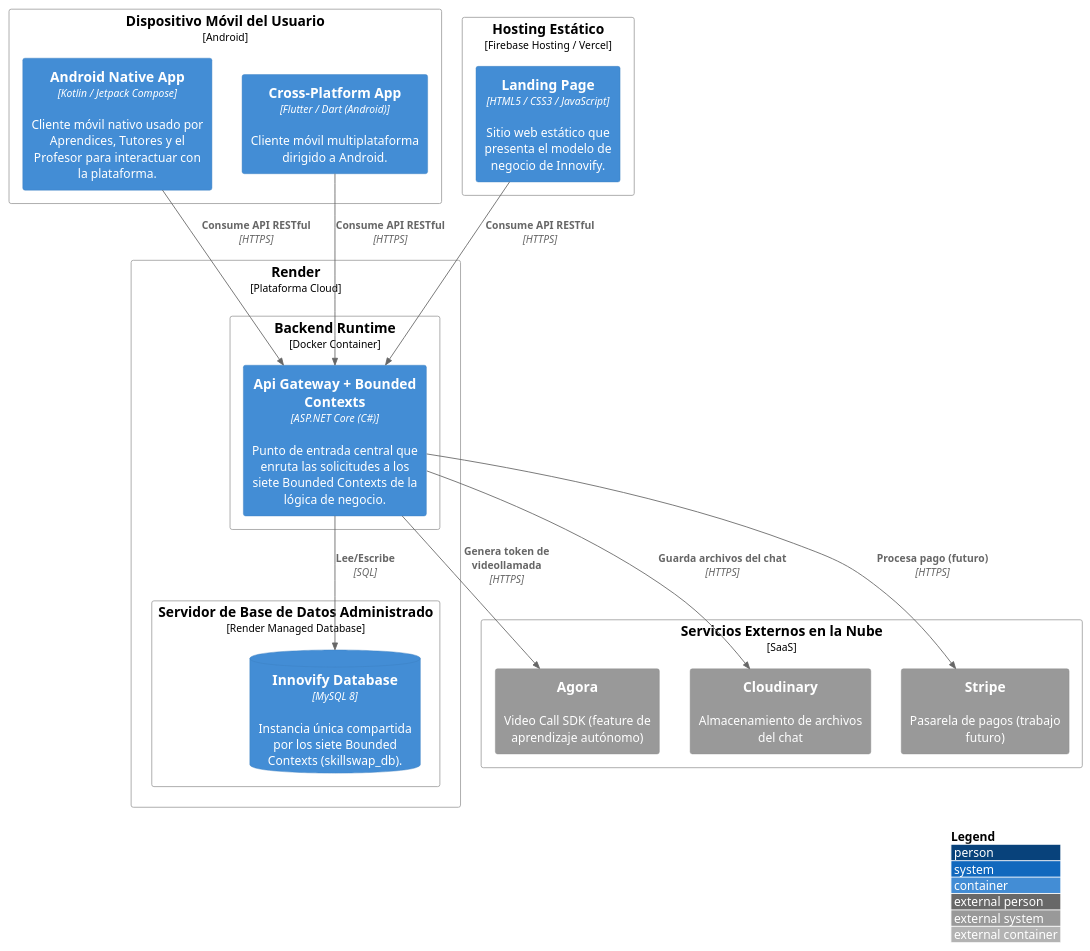
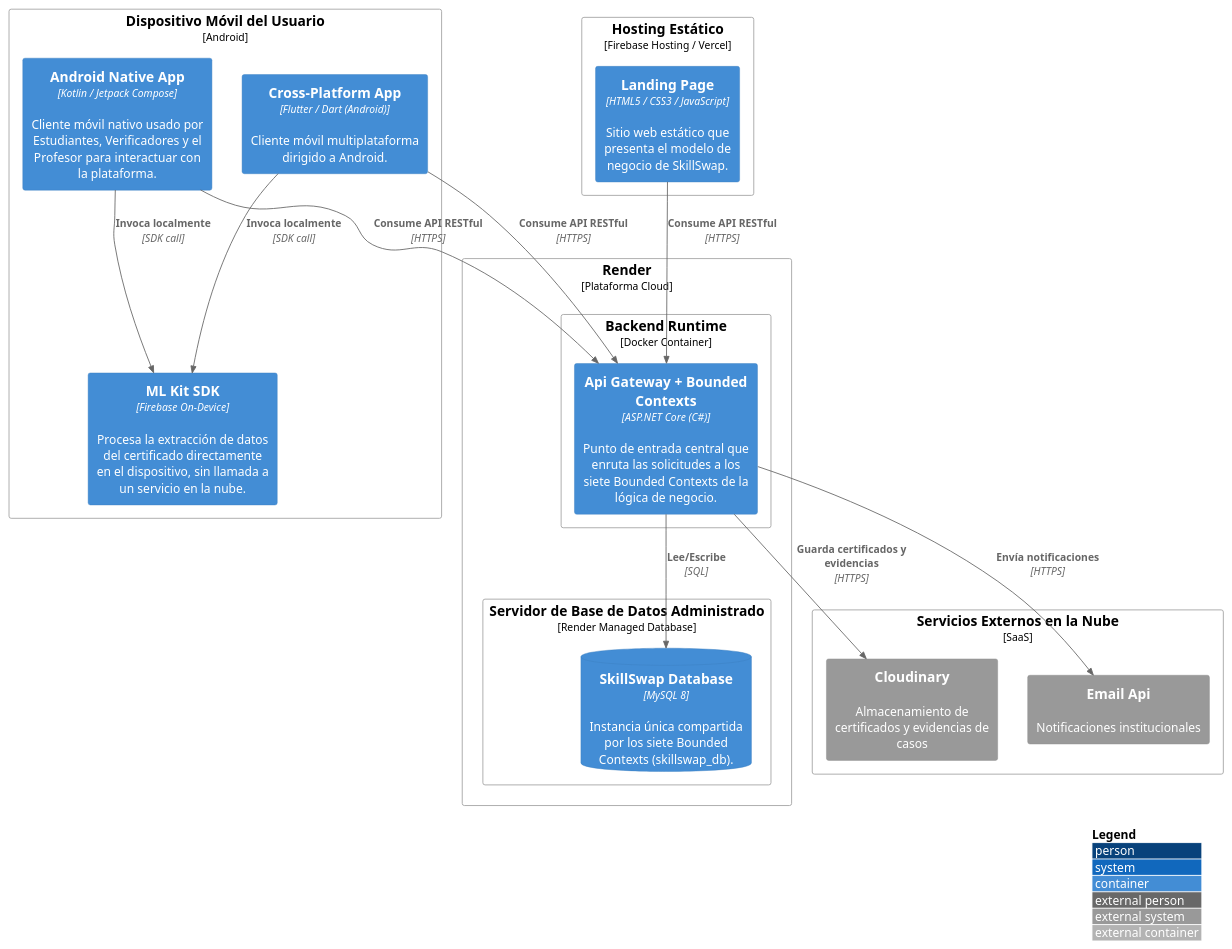
One commit to Aplicaciones-Dispositivos-Moviles/SkillSwap-ProjectReport changed the diagram in DB&C4/Deployment Diagram.puml. Above: the diagram before and after it, drawn with PlantUML. The commit also changed 23 other files, not shown here.

```diff
--- a/DB&C4/Deployment Diagram.puml
+++ b/DB&C4/Deployment Diagram.puml
@@ -1,40 +1,42 @@
-@startuml InnovifyDeployment
+@startuml SkillSwapDeployment
 !include https://raw.githubusercontent.com/plantuml-stdlib/C4-PlantUML/master/C4_Deployment.puml
 
 LAYOUT_WITH_LEGEND()
 
 Deployment_Node(userDevice, "Dispositivo Móvil del Usuario", "Android"){
-    Container(androidApp, "Android Native App", "Kotlin / Jetpack Compose", "Cliente móvil nativo usado por Aprendices, Tutores y el Profesor para interactuar con la plataforma.")
+    Container(androidApp, "Android Native App", "Kotlin / Jetpack Compose", "Cliente móvil nativo usado por Estudiantes, Verificadores y el Profesor para interactuar con la plataforma.")
     Container(flutterApp, "Cross-Platform App", "Flutter / Dart (Android)", "Cliente móvil multiplataforma dirigido a Android.")
+    Container(mlKitSdk, "ML Kit SDK", "Firebase On-Device", "Procesa la extracción de datos del certificado directamente en el dispositivo, sin llamada a un servicio en la nube.")
 }
 
 Deployment_Node(staticHosting, "Hosting Estático", "Firebase Hosting / Vercel"){
-    Container(landingPage, "Landing Page", "HTML5 / CSS3 / JavaScript", "Sitio web estático que presenta el modelo de negocio de Innovify.")
+    Container(landingPage, "Landing Page", "HTML5 / CSS3 / JavaScript", "Sitio web estático que presenta el modelo de negocio de SkillSwap.")
 }
 
 Deployment_Node(cloudPlatform, "Render", "Plataforma Cloud"){
     Deployment_Node(backendRuntime, "Backend Runtime", "Docker Container"){
         Container(apiGateway, "Api Gateway + Bounded Contexts", "ASP.NET Core (C#)", "Punto de entrada central que enruta las solicitudes a los siete Bounded Contexts de la lógica de negocio.")
     }
     Deployment_Node(dbServer, "Servidor de Base de Datos Administrado", "Render Managed Database"){
-        ContainerDb(mainDB, "Innovify Database", "MySQL 8", "Instancia única compartida por los siete Bounded Contexts (skillswap_db).")
+        ContainerDb(mainDB, "SkillSwap Database", "MySQL 8", "Instancia única compartida por los siete Bounded Contexts (skillswap_db).")
     }
 }
 
 Deployment_Node(externalCloud, "Servicios Externos en la Nube", "SaaS"){
-    System_Ext(agoraApi, "Agora", "Video Call SDK (feature de aprendizaje autónomo)")
-    System_Ext(cloudStorage, "Cloudinary", "Almacenamiento de archivos del chat")
-    System_Ext(paymentGateway, "Stripe", "Pasarela de pagos (trabajo futuro)")
+    System_Ext(cloudStorage, "Cloudinary", "Almacenamiento de certificados y evidencias de casos")
+    System_Ext(emailService, "Email Api", "Notificaciones institucionales")
 }
+
+Rel(androidApp, mlKitSdk, "Invoca localmente", "SDK call")
+Rel(flutterApp, mlKitSdk, "Invoca localmente", "SDK call")
 
 Rel(androidApp, apiGateway, "Consume API RESTful", "HTTPS")
 Rel(flutterApp, apiGateway, "Consume API RESTful", "HTTPS")
 Rel(landingPage, apiGateway, "Consume API RESTful", "HTTPS")
 
 Rel(apiGateway, mainDB, "Lee/Escribe", "SQL")
 
-Rel(apiGateway, agoraApi, "Genera token de videollamada", "HTTPS")
-Rel(apiGateway, cloudStorage, "Guarda archivos del chat", "HTTPS")
-Rel(apiGateway, paymentGateway, "Procesa pago (futuro)", "HTTPS")
+Rel(apiGateway, cloudStorage, "Guarda certificados y evidencias", "HTTPS")
+Rel(apiGateway, emailService, "Envía notificaciones", "HTTPS")
 
 @enduml
```
